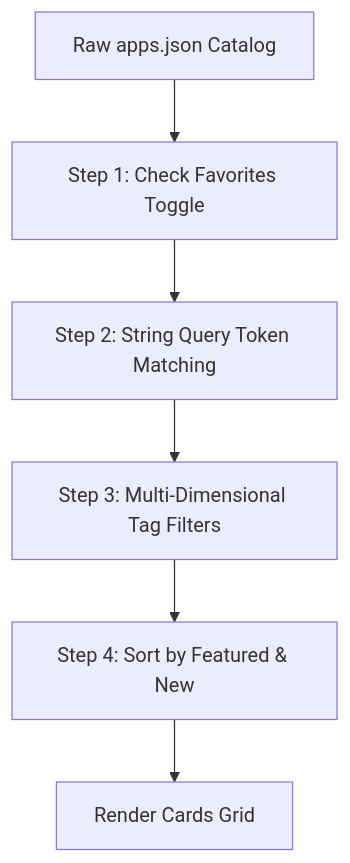
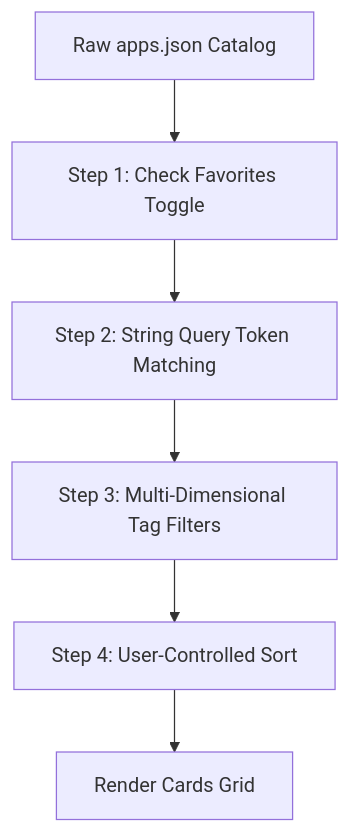
Before and after one commit to victorunique/maxithome: the diagram in docs/Database.md, drawn with Mermaid. The commit also changed other lines of this file and 11 other files, not shown here.

````diff
--- a/docs/Database.md
+++ b/docs/Database.md
@@ -105,8 +105,8 @@
 ```mermaid
 graph TD
     InputRaw[Raw apps.json Catalog] --> FilterFaves[Step 1: Check Favorites Toggle]
     FilterFaves --> FilterSearch[Step 2: String Query Token Matching]
     FilterSearch --> FilterDims[Step 3: Multi-Dimensional Tag Filters]
-    FilterDims --> SortedResults[Step 4: Sort by Featured & New]
-    SortedResults --> UI[Render Cards Grid]
+    FilterDims --> UserSort[Step 4: User-Controlled Sort]
+    UserSort --> UI[Render Cards Grid]
 ```
````
